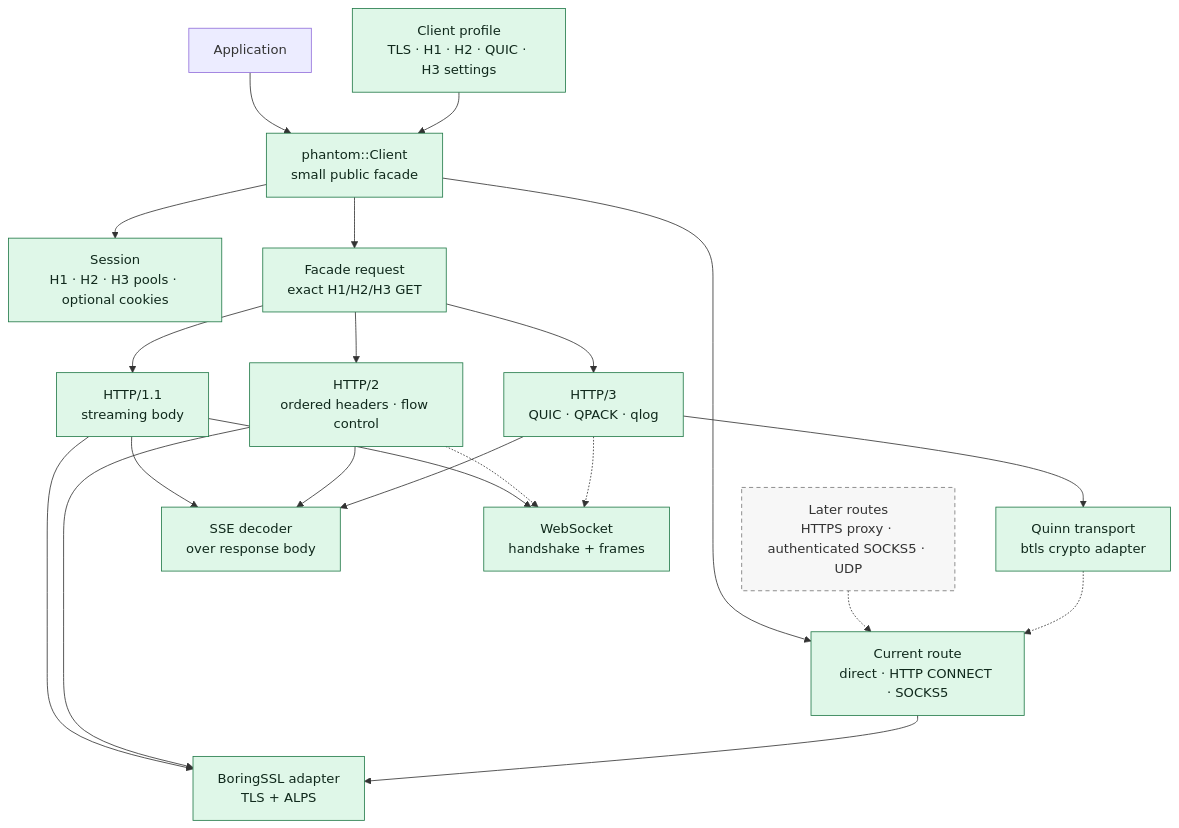
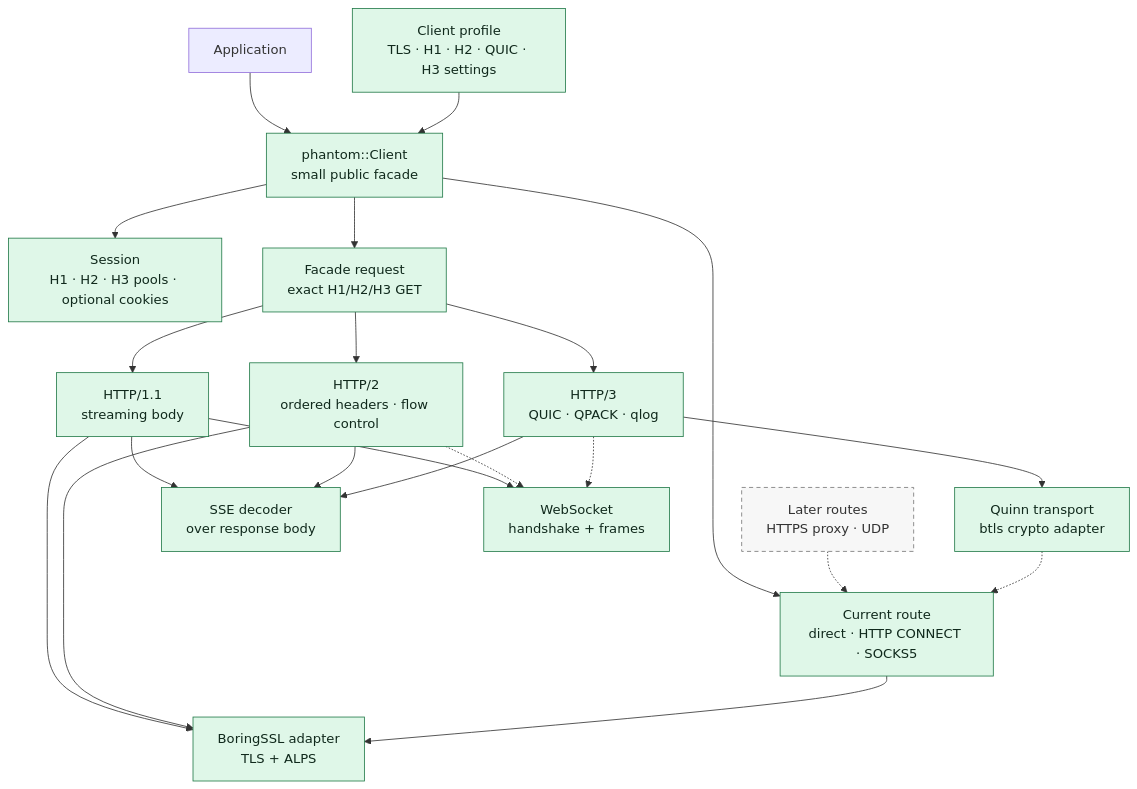
Before and after one commit to bywayhq/phantom: the first of 4 diagrams in docs/architecture.md, drawn with Mermaid. The commit also changed other lines of this file and 20 other files, not shown here.

Commit message:
feat(proxy): add SOCKS5 username password auth

````diff
--- a/docs/architecture.md
+++ b/docs/architecture.md
@@ -23,44 +23,44 @@
 ```mermaid
 flowchart TB
     User[Application]
     Client["phantom::Client<br/>small public facade"]
     Session["Session<br/>H1 · H2 · H3 pools · optional cookies"]
     Profile["Client profile<br/>TLS · H1 · H2 · QUIC · H3 settings"]
     Route["Current route<br/>direct · HTTP CONNECT · SOCKS5"]
-    FutureRoute["Later routes<br/>HTTPS proxy · authenticated SOCKS5 · UDP"]
+    FutureRoute["Later routes<br/>HTTPS proxy · UDP"]
     FacadeRequest["Facade request<br/>exact H1/H2/H3 GET"]
 
     H1["HTTP/1.1<br/>streaming body"]
     H2["HTTP/2<br/>ordered headers · flow control"]
     H3["HTTP/3<br/>QUIC · QPACK · qlog"]
     TLS["BoringSSL adapter<br/>TLS + ALPS"]
     QUIC["Quinn transport<br/>btls crypto adapter"]
     SSE["SSE decoder<br/>over response body"]
     WS["WebSocket<br/>handshake + frames"]
 
     User --> Client
     Profile --> Client
     FacadeRequest --> H1
     FacadeRequest --> H2
     FacadeRequest --> H3
     Client --> Session
     Client --> Route
     FutureRoute -.-> Route
     Client --> FacadeRequest
     H1 --> TLS
     H2 --> TLS
     H3 --> QUIC
     Route --> TLS
     QUIC -.-> Route
     H1 --> SSE
     H2 --> SSE
     H3 --> SSE
     H1 --> WS
     H2 -.-> WS
     H3 -.-> WS
 
     classDef current fill:#dff7e8,stroke:#237a49,color:#10291c
     classDef planned fill:#f7f7f7,stroke:#777,stroke-dasharray:5 4,color:#333
     class Client,Session,Profile,Route,FacadeRequest,H1,H2,H3,TLS,QUIC,SSE,WS current
     class FutureRoute planned
 ```
````
